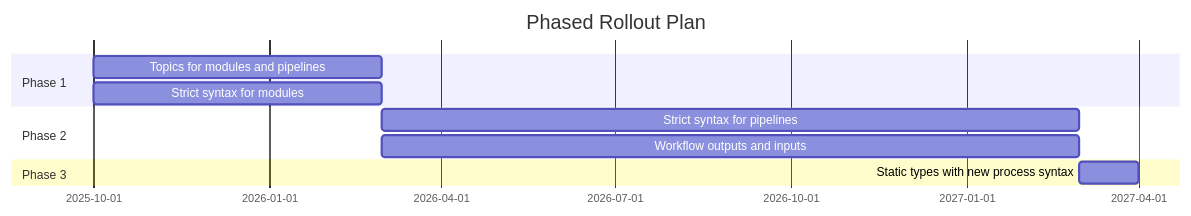
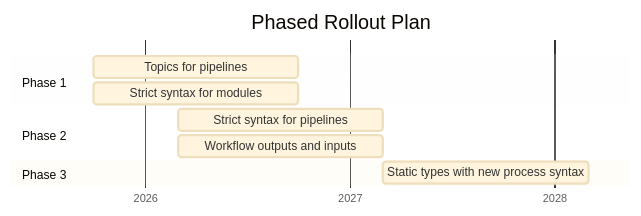
The second of 2 diagrams in sites/main-site/src/content/blog/2025/retreat-2025.mdx (nf-core/website), drawn with Mermaid before and after one commit. The commit also changed other lines of this file and 3 other files, not shown here.

````diff
--- a/sites/main-site/src/content/blog/2025/retreat-2025.mdx
+++ b/sites/main-site/src/content/blog/2025/retreat-2025.mdx
@@ -100,16 +103,19 @@
 ```mermaid
+%%{init: {'theme':'base', 'themeVariables': {'fontSize':'12px'}, 'gantt': {'useWidth':600, 'topAxis': false}}}%%
 gantt
     title Phased Rollout Plan
     dateFormat YYYY-MM
+    tickInterval 12month
+    axisFormat %Y
 
     section Phase 1
-    Topics for modules and pipelines           :2025-10, 5M
-    Strict syntax for modules                  :2025-10, 5M
+    Topics for pipelines        :2025-10, 12M
+    Strict syntax for modules   :2025-10, 12M
 
     section Phase 2
-    Strict syntax for pipelines                :2026-03, 12M
-    Workflow outputs and inputs                :2026-03, 12M
+    Strict syntax for pipelines :2026-03, 12M
+    Workflow outputs and inputs :2026-03, 12M
 
     section Phase 3
-    Static types with new process syntax       :2027-03, 1M
+    Static types with new process syntax :2027-03, 12M
 ```
````
